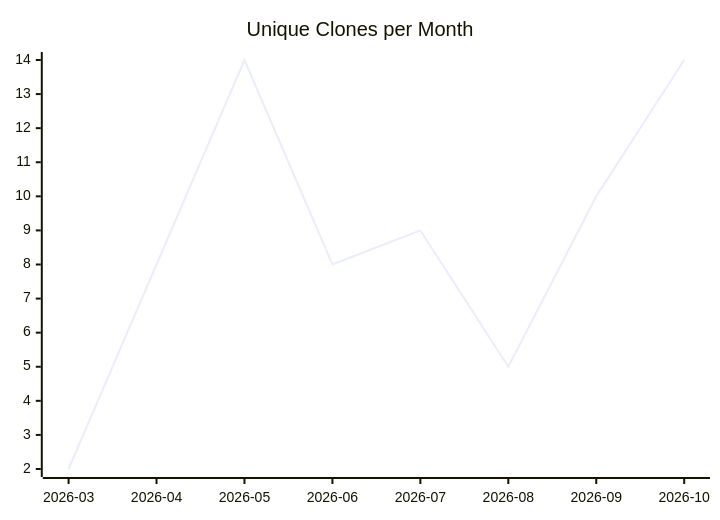
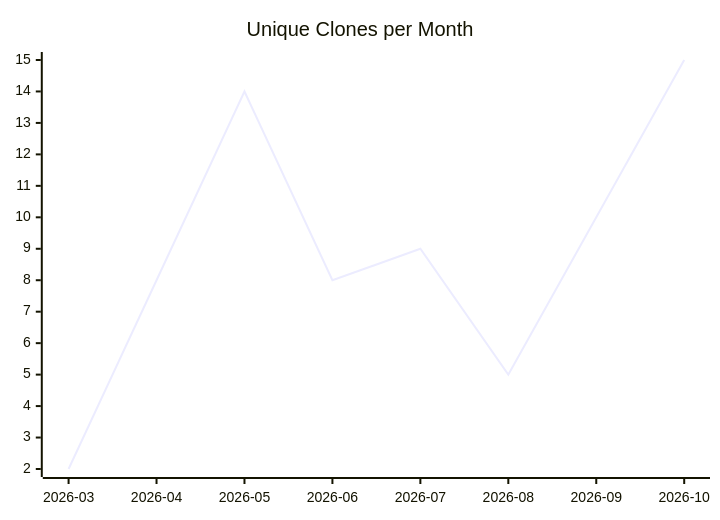
The third of 3 diagrams in karlmdavis/kobjects/README.md (justdavis-family/github-analytics-data), drawn with Mermaid before and after one commit. The commit also changed other lines of this file and 197 other files, not shown here.

````diff
--- a/karlmdavis/kobjects/README.md
+++ b/karlmdavis/kobjects/README.md
@@ -19,6 +19,6 @@
 ```mermaid
 xychart-beta
   title "Unique Clones per Month"
   x-axis ["2026-03", "2026-04", "2026-05", "2026-06", "2026-07", "2026-08", "2026-09", "2026-10"]
-  line [2, 8, 14, 8, 9, 5, 10, 14]
+  line [2, 8, 14, 8, 9, 5, 10, 15]
 ```
````
